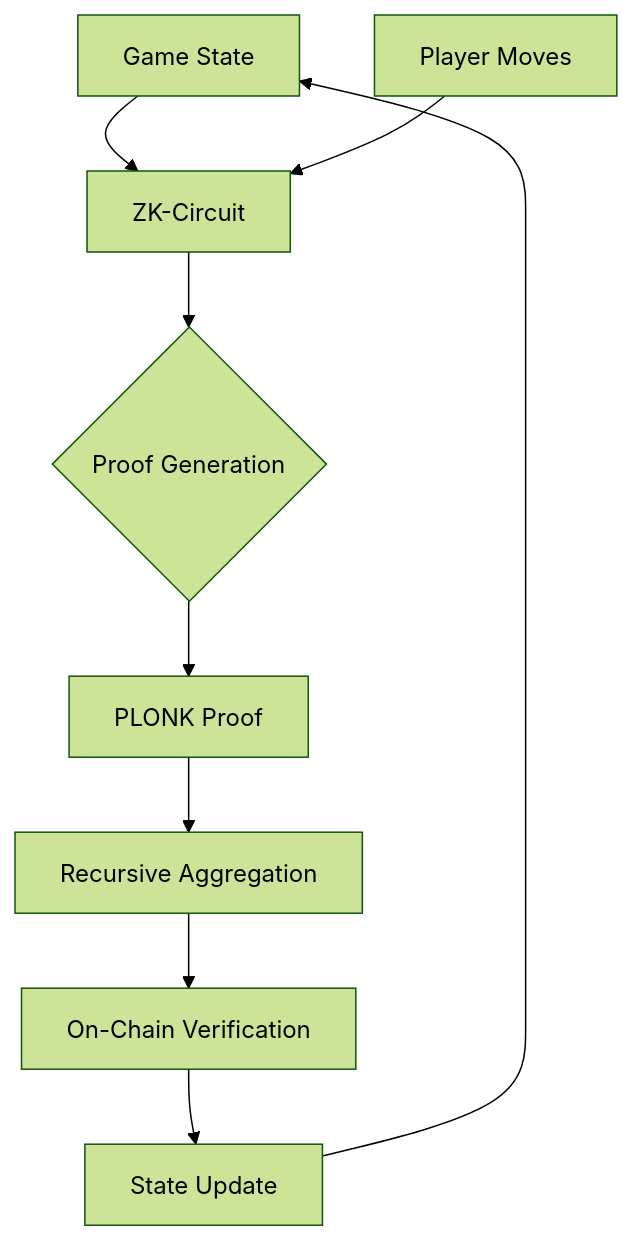
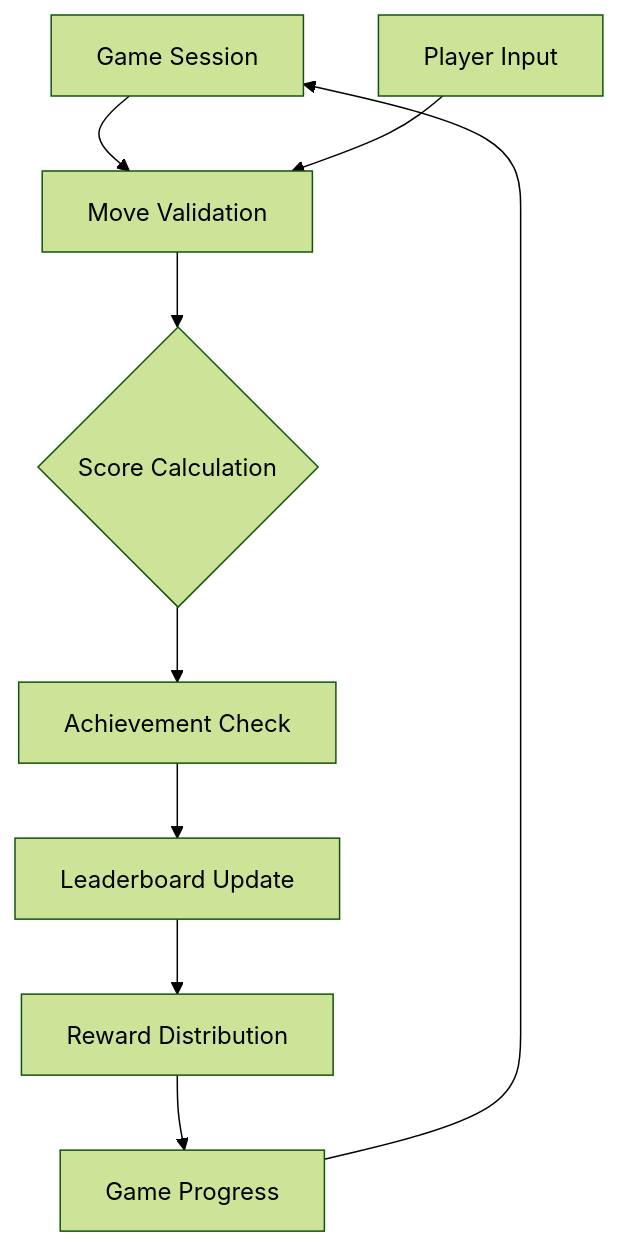
Before and after one commit to Kali-Decoder/BaseArena: the sixth of 7 diagrams in README.md, drawn with Mermaid (forest theme). The commit also changed other lines of this file, not shown here.

````diff
--- a/README.md
+++ b/README.md
@@ -132,11 +121,11 @@
 ```mermaid
 flowchart TD
-    A[Game State] --> B[ZK-Circuit]
-    C[Player Moves] --> B
-    B --> D{Proof Generation}
-    D --> E[PLONK Proof]
-    E --> F[Recursive Aggregation]
-    F --> G[On-Chain Verification]
-    G --> H[State Update]
+    A[Game Session] --> B[Move Validation]
+    C[Player Input] --> B
+    B --> D{Score Calculation}
+    D --> E[Achievement Check]
+    E --> F[Leaderboard Update]
+    F --> G[Reward Distribution]
+    G --> H[Game Progress]
     H --> A
 ```
````
